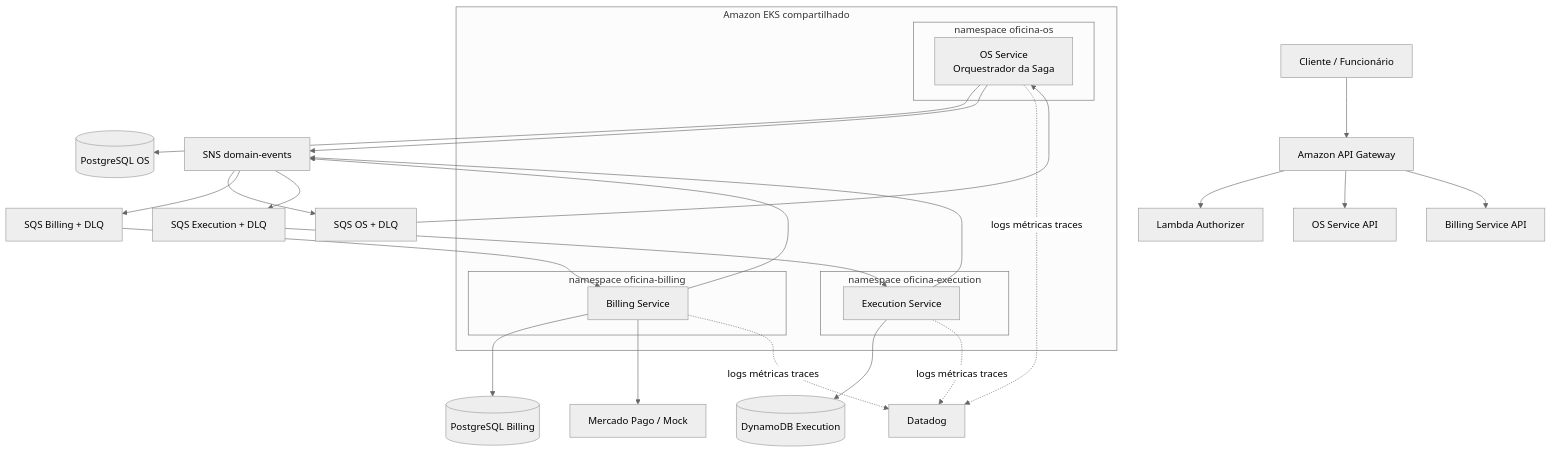
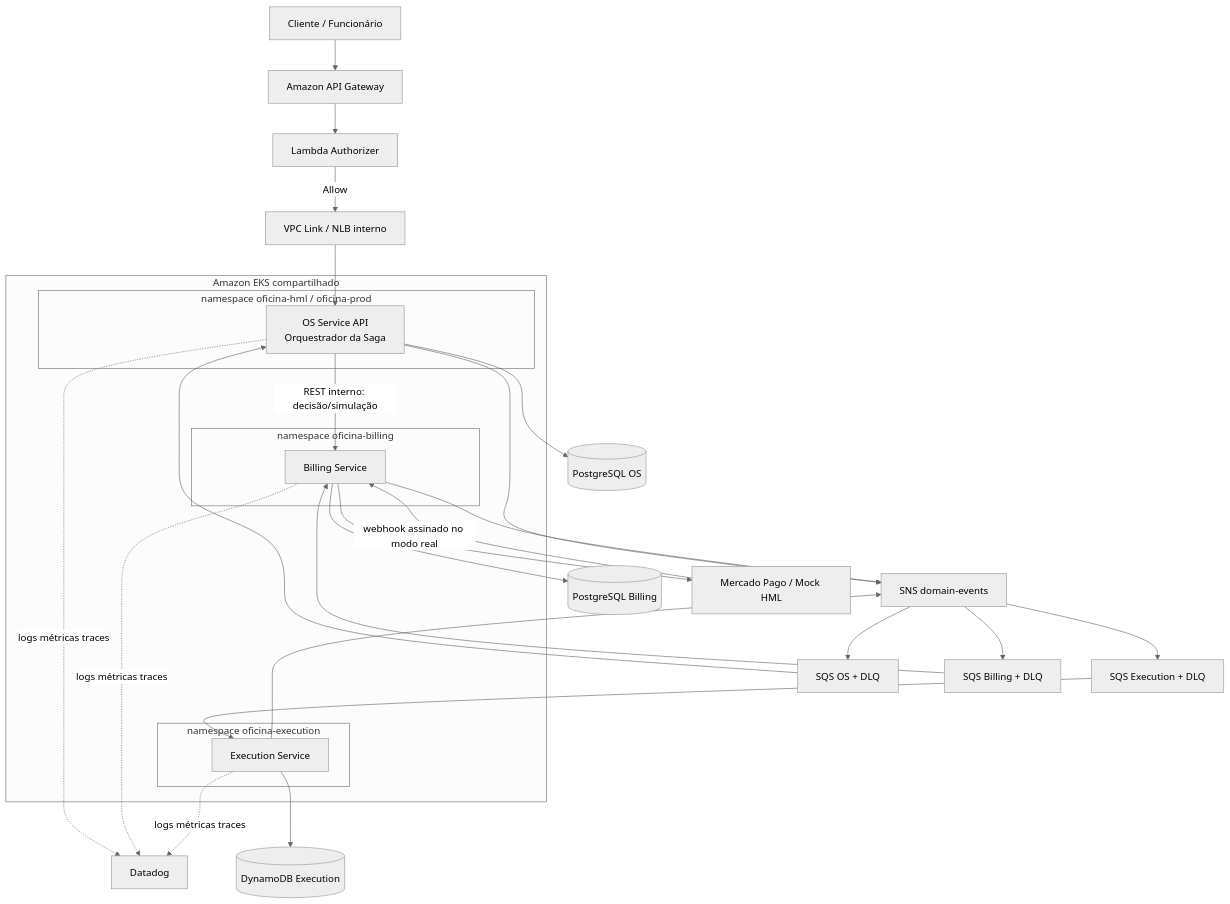
One commit to maypinheiro/oficina-api changed the diagram in docs/fase4/arquitetura-alvo.md. Above: the diagram before and after it, drawn with Mermaid (neutral theme). The commit also changed other lines of this file and 3 other files, not shown here.

````diff
--- a/docs/fase4/arquitetura-alvo.md
+++ b/docs/fase4/arquitetura-alvo.md
@@ -11,38 +11,41 @@
 ```mermaid
 flowchart TB
   User["Cliente / Funcionário"] --> APIGW["Amazon API Gateway"]
   APIGW --> Auth["Lambda Authorizer"]
-  APIGW --> OSAPI["OS Service API"]
-  APIGW --> BillingAPI["Billing Service API"]
+  Auth -->|"Allow"| VPCL["VPC Link / NLB interno"]
 
   subgraph EKS["Amazon EKS compartilhado"]
-    subgraph NSOS["namespace oficina-os"]
-      OS["OS Service\nOrquestrador da Saga"]
+    subgraph NSOS["namespace oficina-hml / oficina-prod"]
+      OS["OS Service API\nOrquestrador da Saga"]
     end
     subgraph NSB["namespace oficina-billing"]
       Billing["Billing Service"]
     end
     subgraph NSE["namespace oficina-execution"]
       Execution["Execution Service"]
     end
   end
+
+  VPCL --> OS
+  OS -->|"REST interno: decisão/simulação"| Billing
 
   OS --> OSDB[("PostgreSQL OS")]
   Billing --> BillingDB[("PostgreSQL Billing")]
   Execution --> ExecutionDB[("DynamoDB Execution")]
 
   OS --> SNS["SNS domain-events"]
   Billing --> SNS
   Execution --> SNS
   SNS --> OSQ["SQS OS + DLQ"]
   SNS --> BillingQ["SQS Billing + DLQ"]
   SNS --> ExecutionQ["SQS Execution + DLQ"]
   OSQ --> OS
   BillingQ --> Billing
   ExecutionQ --> Execution
 
-  Billing --> Payment["Mercado Pago / Mock"]
+  Billing --> Payment["Mercado Pago / Mock HML"]
+  Payment -->|"webhook assinado no modo real"| Billing
   OS -. logs métricas traces .-> DD["Datadog"]
   Billing -. logs métricas traces .-> DD
   Execution -. logs métricas traces .-> DD
 ```
````
